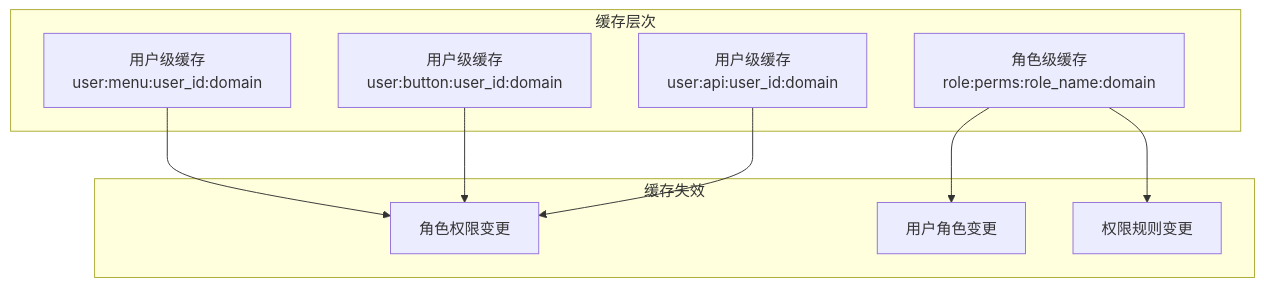
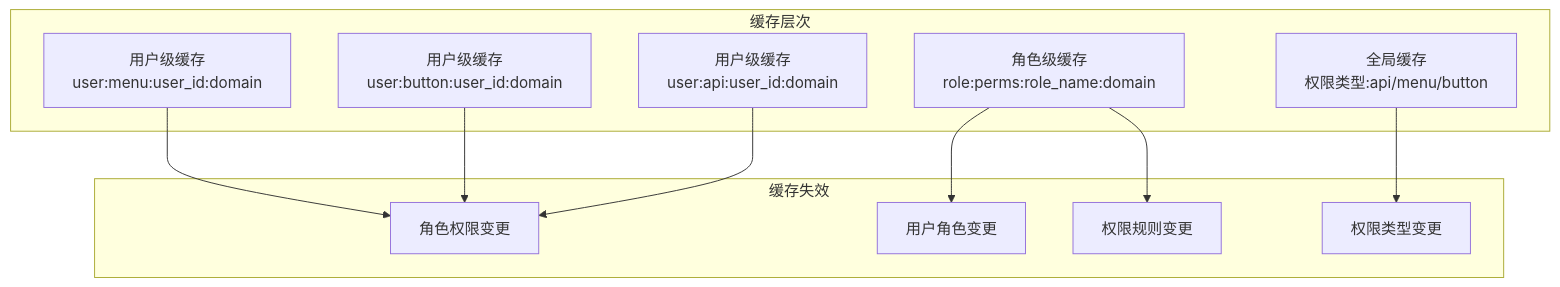
The sixth of 9 diagrams in .qoder/repowiki/zh/content/权限管理系统/Casbin权限引擎集成.md (wuwuseo/e-sports-go-admin), drawn with Mermaid before and after one commit. The commit also changed other lines of this file and 26 other files, not shown here.

````diff
--- a/.qoder/repowiki/zh/content/权限管理系统/Casbin权限引擎集成.md
+++ b/.qoder/repowiki/zh/content/权限管理系统/Casbin权限引擎集成.md
@@ -288,19 +324,22 @@
 ```mermaid
 graph TB
 subgraph "缓存层次"
 A[用户级缓存<br/>user:menu:user_id:domain]
 B[用户级缓存<br/>user:button:user_id:domain]
 C[用户级缓存<br/>user:api:user_id:domain]
 D[角色级缓存<br/>role:perms:role_name:domain]
+E[全局缓存<br/>权限类型:api/menu/button]
 end
 subgraph "缓存失效"
-E[角色权限变更]
-F[用户角色变更]
-G[权限规则变更]
+F[角色权限变更]
+G[用户角色变更]
+H[权限规则变更]
+I[权限类型变更]
 end
-A --> E
-B --> E
-C --> E
-D --> F
+A --> F
+B --> F
+C --> F
 D --> G
+D --> H
+E --> I
 ```
````
